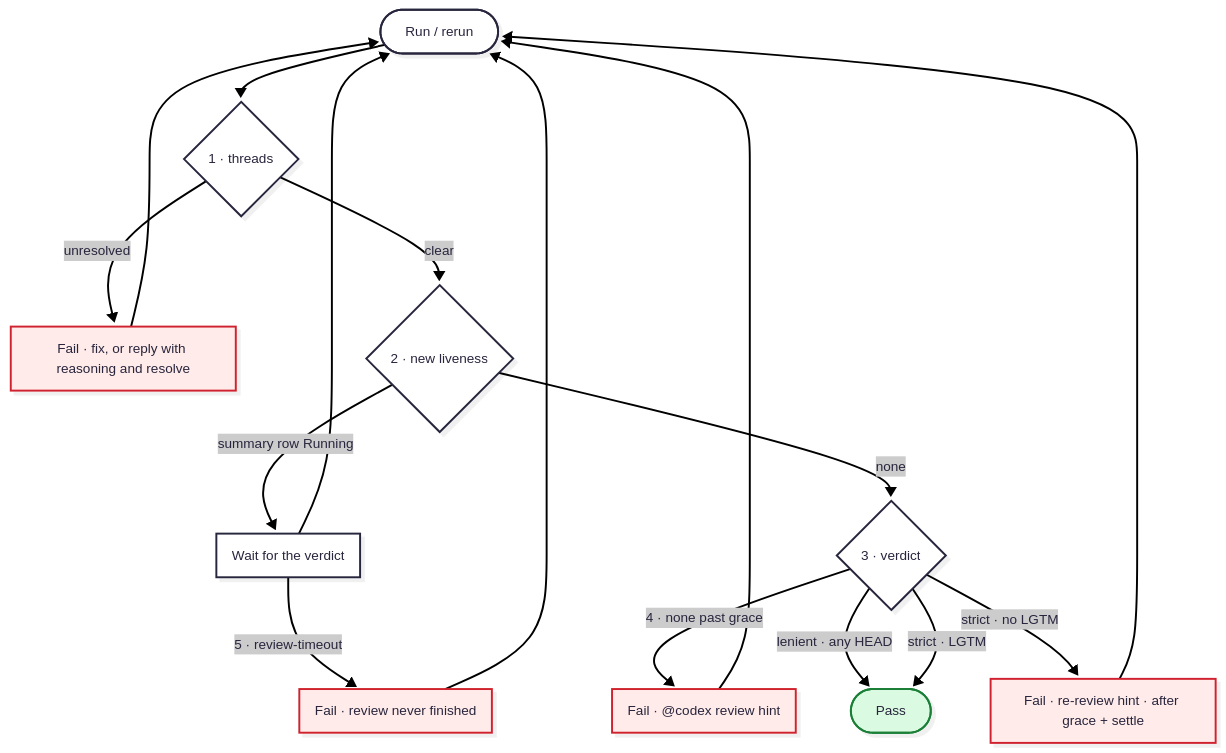
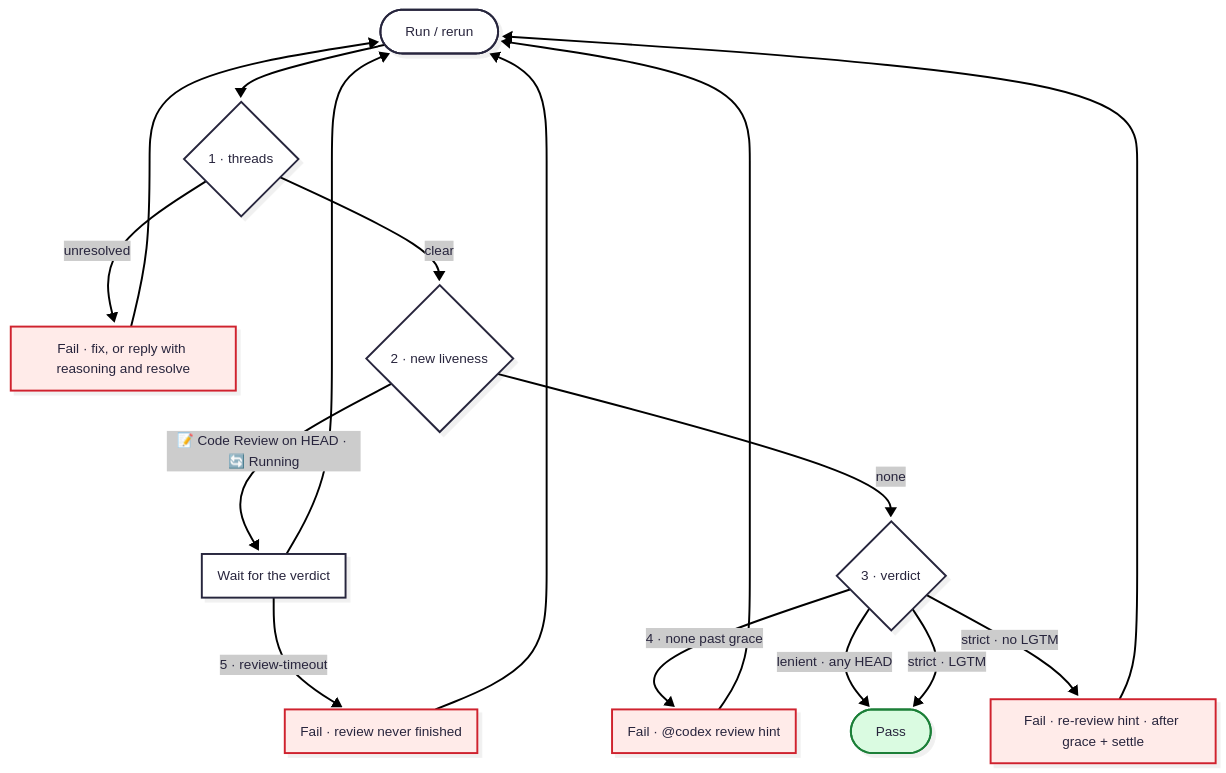
The diagram in README.md (kkkiio/codex-review-check), drawn with Mermaid before and after one commit. The commit also changed other lines of this file and 1 other file, not shown here.

Commit message:
docs: reuse the summary comment's status emoji in the state model

````diff
--- a/README.md
+++ b/README.md
@@ -36,27 +36,27 @@
 ```mermaid
 ---
 config:
   look: neo
   theme: redux
 ---
 flowchart TB
     A([Run / rerun]) --> B{1 · threads}
     B -- unresolved --> C[Fail · fix, or reply with reasoning and resolve]
     C --> A
     B -- clear --> D{2 · new liveness}
-    D -- "summary row Running" --> E[Wait for the verdict]
+    D -- "📝 Code Review on HEAD · 🔄 Running" --> E[Wait for the verdict]
     E --> A
     E -- "5 · review-timeout" --> J[Fail · review never finished]
     J --> A
     D -- none --> F{3 · verdict}
     F -- "4 · none past grace" --> G[Fail · @codex review hint]
     G --> A
     F -- "lenient · any HEAD" --> H([Pass])
     F -- "strict · LGTM" --> H
     F -- "strict · no LGTM" --> I[Fail · re-review hint · after grace + settle]
     I --> A
     classDef pass fill:#dafbe1,stroke:#1a7f37
     classDef fail fill:#ffebe9,stroke:#cf222e
     class H pass
     class C,G,I,J fail
 ```
````
